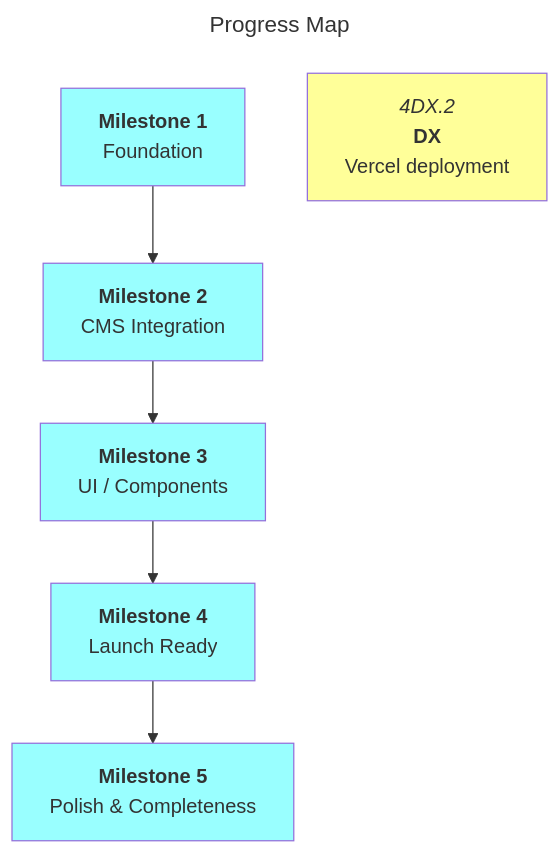
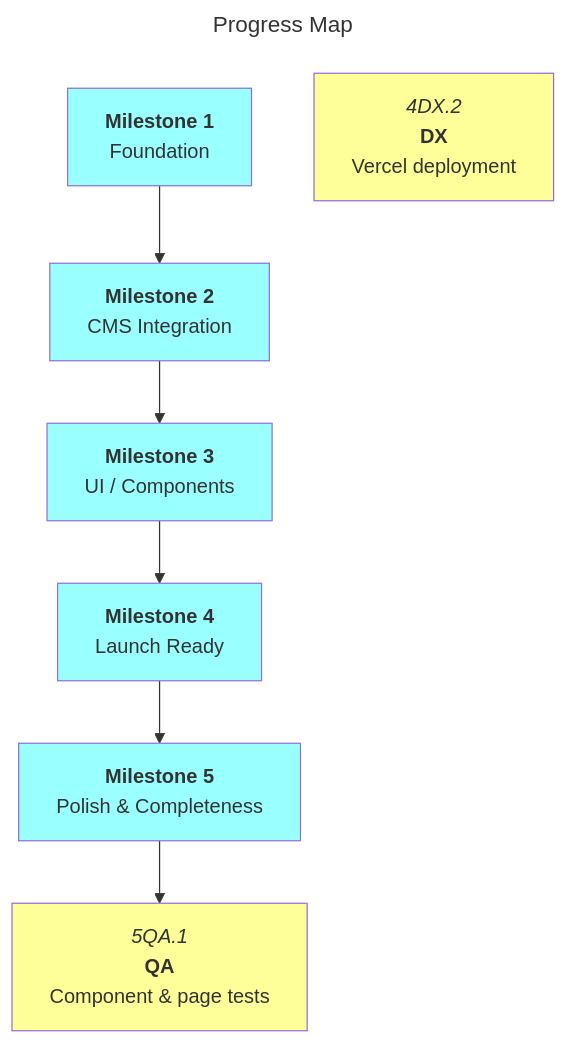
One commit to Oggie112/C58 changed the diagram in docs/roadmaps/mvp.md. Above: the diagram before and after it, drawn with Mermaid. The commit also changed other lines of this file, not shown here.

Commit message:
docs: :memo: Update to roadmap
Changes to roadmap reflecting current state

````diff
--- a/docs/roadmaps/mvp.md
+++ b/docs/roadmaps/mvp.md
@@ -172,20 +173,23 @@
 ```mermaid
 ---
 title: Progress Map
 ---
 graph TD
 
 m1["`**Milestone 1**<br/>Foundation`"]:::mile
 m2["`**Milestone 2**<br/>CMS Integration`"]:::mile
 m3["`**Milestone 3**<br/>UI / Components`"]:::mile
 m4["`**Milestone 4**<br/>Launch Ready`"]:::mile
 
 m1 --> m2 --> m3 --> m4 --> m5
 
 4DX.2["`*4DX.2*<br/>**DX**<br/>Vercel deployment`"]:::open
 m5["`**Milestone 5**<br/>Polish & Completeness`"]:::mile
+5QA.1["`*5QA.1*<br/>**QA**<br/>Component & page tests`"]:::open
+
+m5 --> 5QA.1
 
 classDef default fill:#f9f
 classDef open fill:#ff9
 classDef mile fill:#9ff
 ```
````
